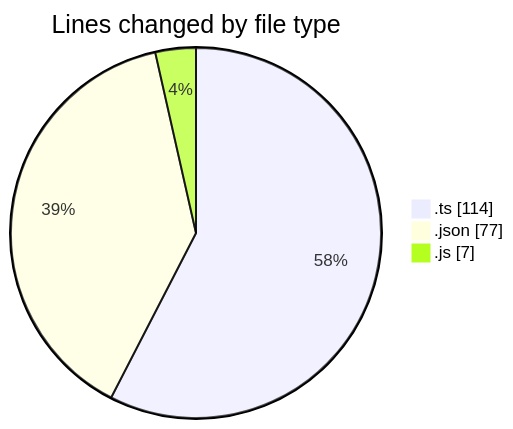
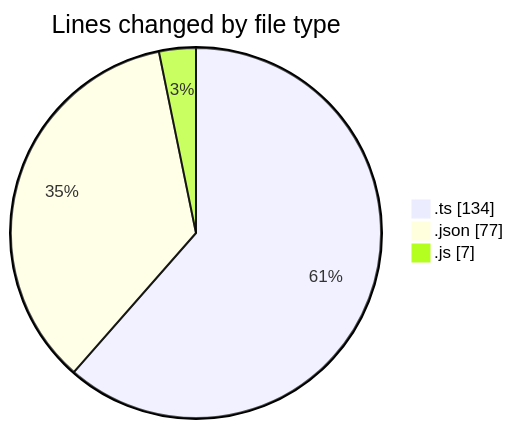
One commit to igalym/code-tracking changed the first of 2 diagrams in 2026-03-02/typescript/README.md. Above: the diagram before and after it, drawn with Mermaid. The commit also changed other lines of this file and 1 other file, not shown here.

````diff
--- a/2026-03-02/typescript/README.md
+++ b/2026-03-02/typescript/README.md
@@ -24,7 +24,7 @@
 ```mermaid
 pie showData
 title Lines changed by file type
-".ts" : 114
+".ts" : 134
 ".json" : 77
 ".js" : 7
 ```
````
